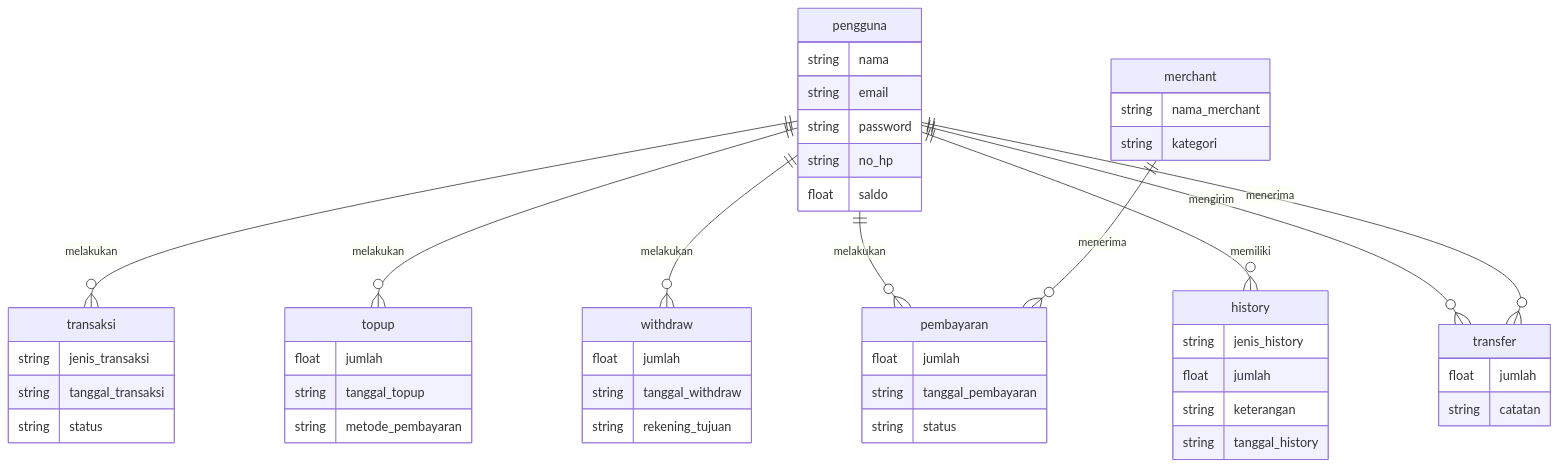
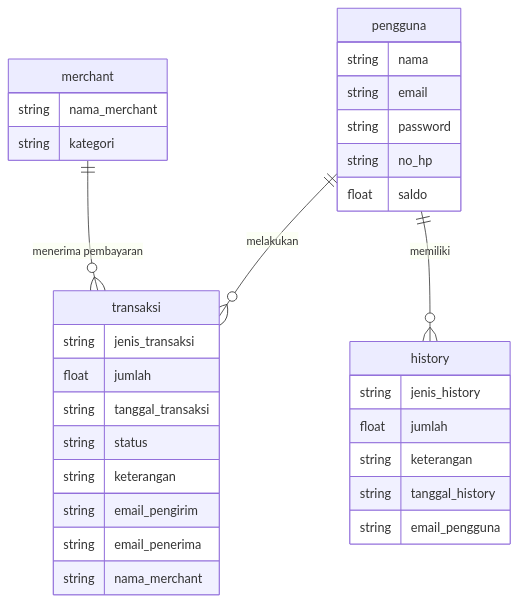
The diagram in erd-ewallet.md (MohamadDimasPrayoga1010/koda-b4-db2), drawn with Mermaid before and after one commit.

Commit message:
refactor: change the topup, withdraw, payment, transfer tables into one table in the transaction

````diff
--- a/erd-ewallet.md
+++ b/erd-ewallet.md
@@ -1,62 +1,41 @@
 ```mermaid
 erDiagram
 
 pengguna{
     string nama
     string email
     string password
     string no_hp
     float saldo
 }
 
-transaksi{
-    string jenis_transaksi
-    string tanggal_transaksi
-    string status
-}
 
-topup{
-    float jumlah
-    string tanggal_topup
-    string metode_pembayaran
-}
-
-withdraw{
-    float jumlah
-    string tanggal_withdraw
-    string rekening_tujuan
-}
-
-merchant{
+merchant {
     string nama_merchant
     string kategori
 }
 
-pembayaran{
+transaksi {
+    string jenis_transaksi    
     float jumlah
-    string tanggal_pembayaran
-    string status
+    string tanggal_transaksi
+    string status              
+    string keterangan
+    string email_pengirim      
+    string email_penerima      
+    string nama_merchant      
 }
 
-transfer{
-    float jumlah
-    string catatan
-}
-
-history{
+history {
     string jenis_history
     float jumlah
     string keterangan
     string tanggal_history
+    string email_pengguna
 }
 
 pengguna ||--o{ transaksi : "melakukan"
-pengguna ||--o{ topup : "melakukan" 
-pengguna ||--o{ withdraw : "melakukan"
-pengguna ||--o{ pembayaran : "melakukan"
-merchant ||--o{ pembayaran : "menerima"
 pengguna ||--o{ history : "memiliki"
-pengguna ||--o{ transfer : "mengirim"
-pengguna ||--o{ transfer : "menerima"
+merchant ||--o{ transaksi : "menerima pembayaran"
 
 ```
````
